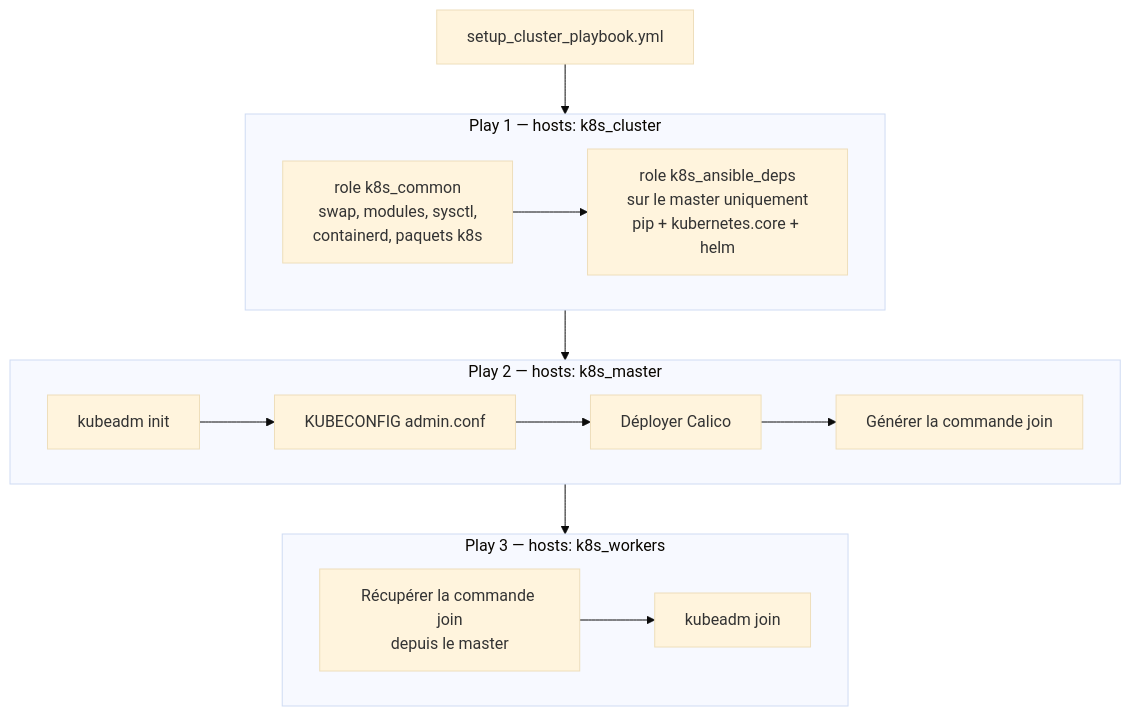
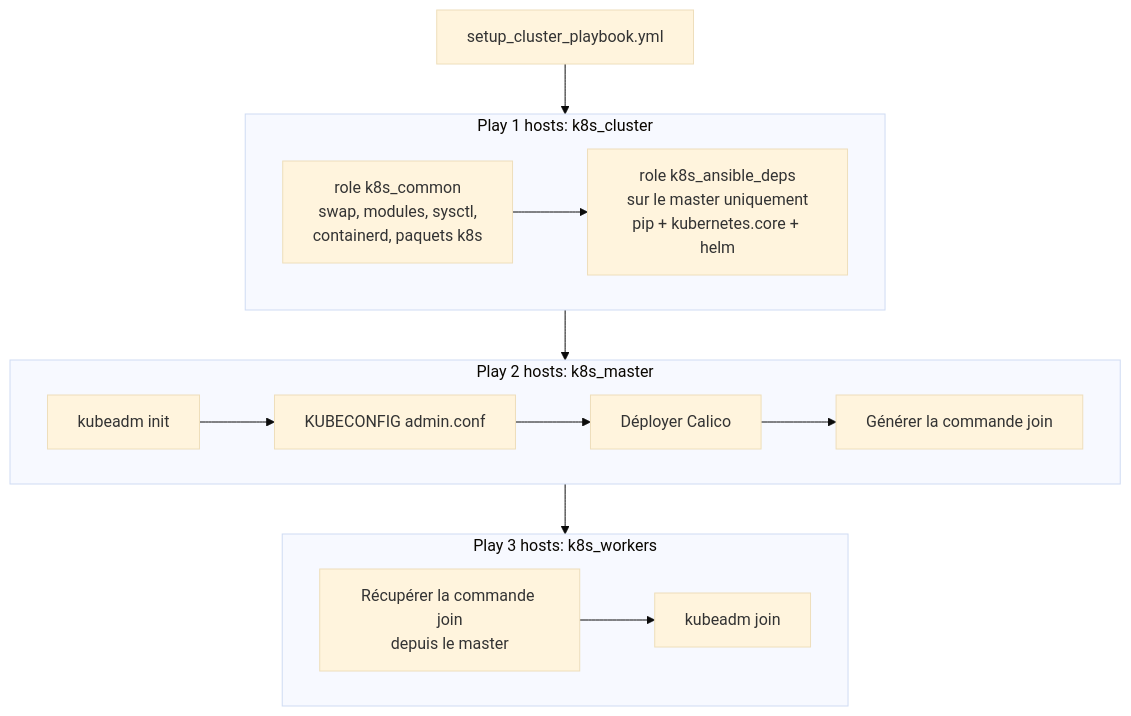
The diagram in docs/cluster-setup.md (PikPakPik/T-CLO-902-NAN_1), drawn with Mermaid (base theme) before and after one commit. The commit also changed other lines of this file and 29 other files, not shown here.

````diff
--- a/docs/cluster-setup.md
+++ b/docs/cluster-setup.md
@@ -15,21 +12,21 @@
 ```mermaid
 flowchart TD
     play[setup_cluster_playbook.yml]
 
-    subgraph common[Play 1 — hosts: k8s_cluster]
+    subgraph common[Play 1 hosts: k8s_cluster]
         c[role k8s_common\nswap, modules, sysctl,\ncontainerd, paquets k8s]
         c --> deps[role k8s_ansible_deps\nsur le master uniquement\npip + kubernetes.core + helm]
     end
 
-    subgraph master[Play 2 — hosts: k8s_master]
+    subgraph master[Play 2 hosts: k8s_master]
         m1[kubeadm init] --> m2[KUBECONFIG admin.conf]
         m2 --> m3[Déployer Calico]
         m3 --> m4[Générer la commande join]
     end
 
-    subgraph worker[Play 3 — hosts: k8s_workers]
+    subgraph worker[Play 3 hosts: k8s_workers]
         w1[Récupérer la commande join\ndepuis le master] --> w2[kubeadm join]
     end
 
     play --> common --> master --> worker
 ```
````
